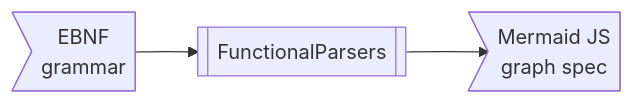
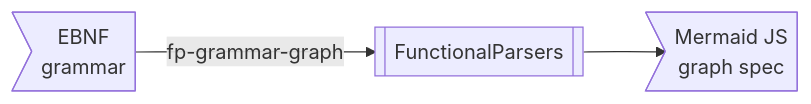
Before and after one commit to antononcube/RakuForPrediction-book: the first of 4 diagrams in Articles/Graph-representation-of-grammars-work.md, drawn with Mermaid. The commit also changed other lines of this file and 1 other file, not shown here.

Commit message:
docs:Added LLMs section. Better diagrams and explanations.

````diff
--- a/Articles/Graph-representation-of-grammars-work.md
+++ b/Articles/Graph-representation-of-grammars-work.md
@@ -53,7 +55,7 @@
 ```mermaid
 graph LR
     FPs[["FunctionalParsers"]]
     grEBNF>EBNF<br>grammar]
     mmdGraph>Mermaid JS<br>graph spec]
-    grEBNF --> FPs --> mmdGraph
+    grEBNF --> |fp-grammar-graph|FPs --> mmdGraph
 ```
````
